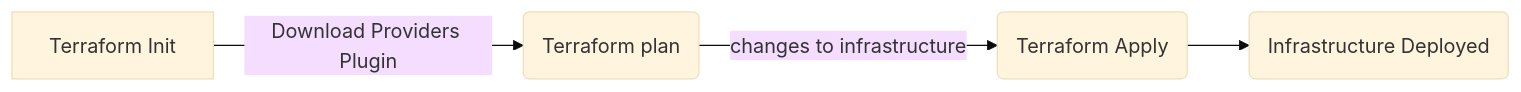
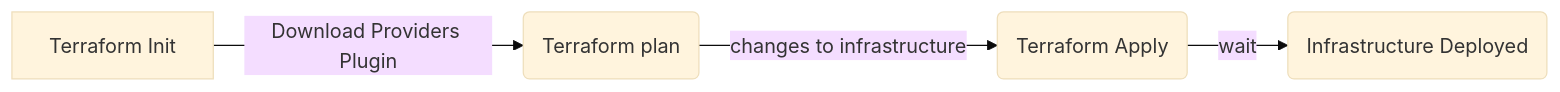
The first of 2 diagrams in chapters/200-resources.md (msg-CareerPaths/terraform-training), drawn with Mermaid (base theme) before and after one commit.

````diff
--- a/chapters/200-resources.md
+++ b/chapters/200-resources.md
@@ -35,6 +35,6 @@
 ```mermaid
 flowchart LR
     A[Terraform Init] -->|Download Providers Plugin| B(Terraform plan)
     B --> |changes to infrastructure| C(Terraform Apply)
-    C --> E(Infrastructure Deployed)
+    C -->|wait| E(Infrastructure Deployed)
 ```
````
